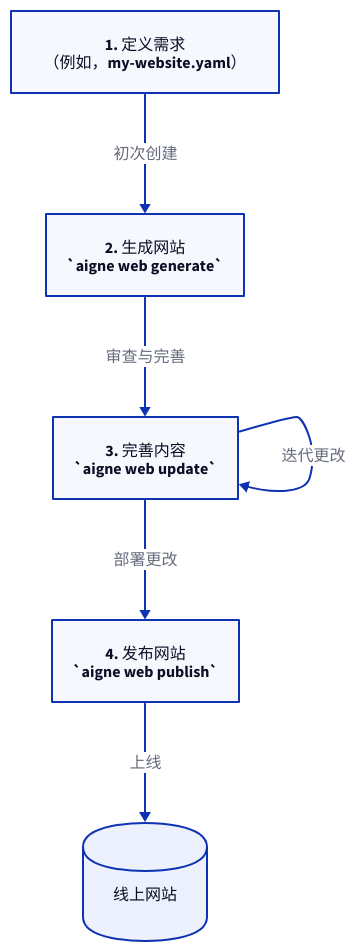
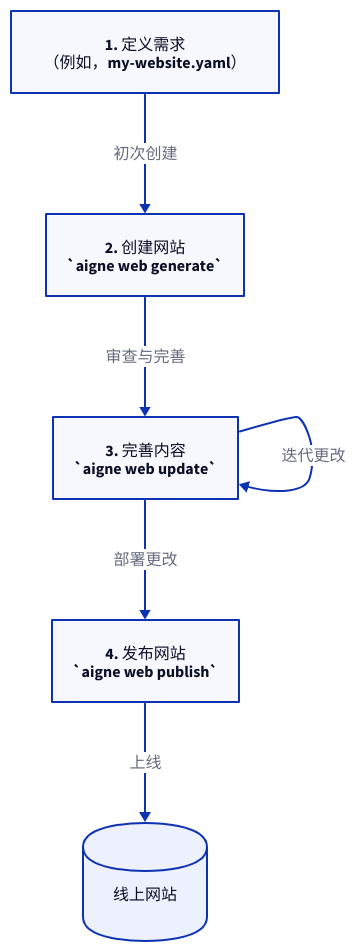
One commit to AIGNE-io/aigne-web-smith changed the diagram in .aigne/doc-smith/docs/guides.zh.md. Above: the diagram before and after it, drawn with D2. The commit also changed other lines of this file and 66 other files, not shown here.

````diff
--- a/.aigne/doc-smith/docs/guides.zh.md
+++ b/.aigne/doc-smith/docs/guides.zh.md
@@ -11,34 +11,34 @@
 ```d2
 direction: down
 
 config: {
   label: "1. 定义需求\n（例如，my-website.yaml）"
   shape: rectangle
 }
 
 generate: {
-  label: "2. 生成网站\n`aigne web generate`"
+  label: "2. 创建网站\n`aigne web generate`"
   shape: rectangle
 }
 
 update: {
   label: "3. 完善内容\n`aigne web update`"
   shape: rectangle
 }
 
 publish: {
   label: "4. 发布网站\n`aigne web publish`"
   shape: rectangle
 }
 
 live_site: {
   label: "线上网站"
   shape: cylinder
 }
 
 config -> generate: "初次创建"
 generate -> update: "审查与完善"
 update -> update: "迭代更改"
 update -> publish: "部署更改"
 publish -> live_site: "上线"
 ```
````
